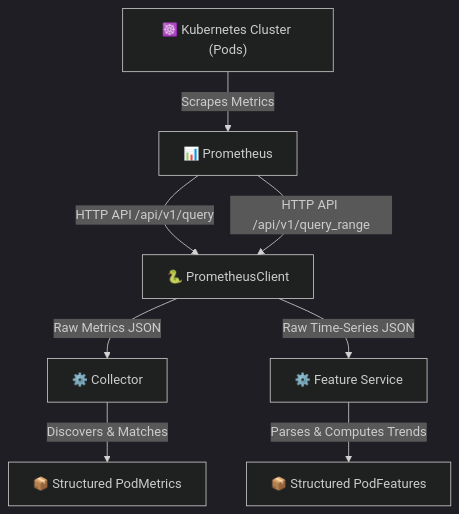
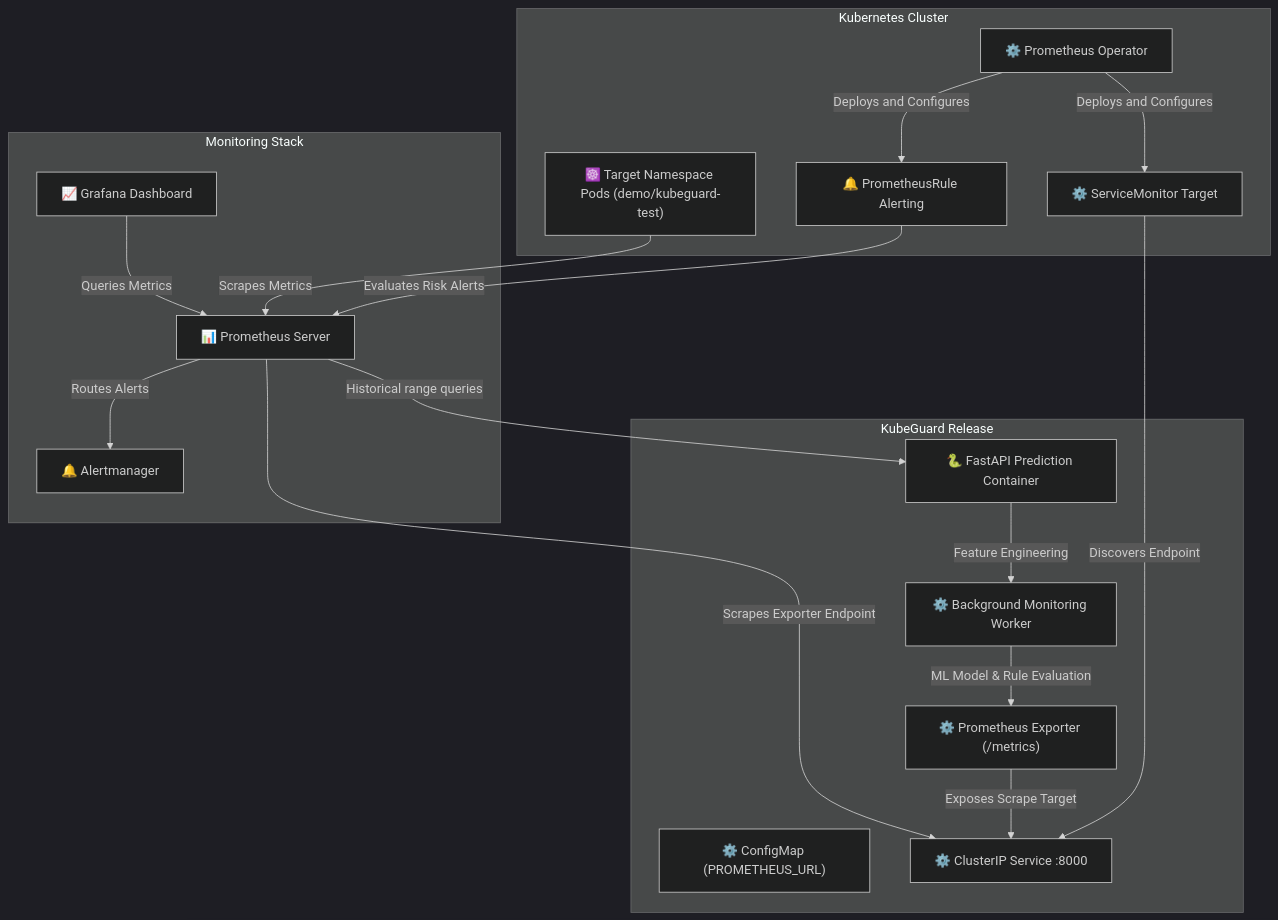
One commit to Saravanakumar2602/KubeGuard changed the diagram in docs/02_System_Architecture.md. Above: the diagram before and after it, drawn with Mermaid (dark theme). The commit also changed other lines of this file and 8 other files, not shown here.

Commit message:
docs: add comprehensive project documentation covering system architecture, component design, and ML pipeline details

````diff
--- a/docs/02_System_Architecture.md
+++ b/docs/02_System_Architecture.md
@@ -5,18 +5,36 @@
 ```mermaid
 flowchart TD
-    K8s["☸️ Kubernetes Cluster (Pods)"]
-    Prom["📊 Prometheus"]
-    Client["🐍 PrometheusClient"]
-    Col["⚙️ Collector"]
-    FS["⚙️ Feature Service"]
-    Output1["📦 Structured PodMetrics"]
-    Output2["📦 Structured PodFeatures"]
+    subgraph Kubernetes Cluster
+        K8s["☸️ Target Namespace Pods (demo/kubeguard-test)"]
+        PromOperator["⚙️ Prometheus Operator"]
+        ServiceMonitor["⚙️ ServiceMonitor Target"]
+        PromRule["🔔 PrometheusRule Alerting"]
+    end
 
-    K8s -->|Scrapes Metrics| Prom
-    Prom -->|HTTP API /api/v1/query| Client
-    Prom -->|HTTP API /api/v1/query_range| Client
-    Client -->|Raw Metrics JSON| Col
-    Client -->|Raw Time-Series JSON| FS
-    Col -->|Discovers & Matches| Output1
-    FS -->|Parses & Computes Trends| Output2
+    subgraph Monitoring Stack
+        Prometheus["📊 Prometheus Server"]
+        Alertmanager["🔔 Alertmanager"]
+        Grafana["📈 Grafana Dashboard"]
+    end
+
+    subgraph KubeGuard Release
+        ConfigMap["⚙️ ConfigMap (PROMETHEUS_URL)"]
+        Deployment["🐍 FastAPI Prediction Container"]
+        Service["⚙️ ClusterIP Service :8000"]
+        Worker["⚙️ Background Monitoring Worker"]
+        Exporter["⚙️ Prometheus Exporter (/metrics)"]
+    end
+
+    K8s -->|Scrapes Metrics| Prometheus
+    Prometheus -->|Historical range queries| Deployment
+    Deployment -->|Feature Engineering| Worker
+    Worker -->|ML Model & Rule Evaluation| Exporter
+    Exporter -->|Exposes Scrape Target| Service
+    ServiceMonitor -->|Discovers Endpoint| Service
+    Prometheus -->|Scrapes Exporter Endpoint| Service
+    PromOperator -->|Deploys and Configures| ServiceMonitor
+    PromOperator -->|Deploys and Configures| PromRule
+    PromRule -->|Evaluates Risk Alerts| Prometheus
+    Prometheus -->|Routes Alerts| Alertmanager
+    Grafana -->|Queries Metrics| Prometheus
 ```
````
